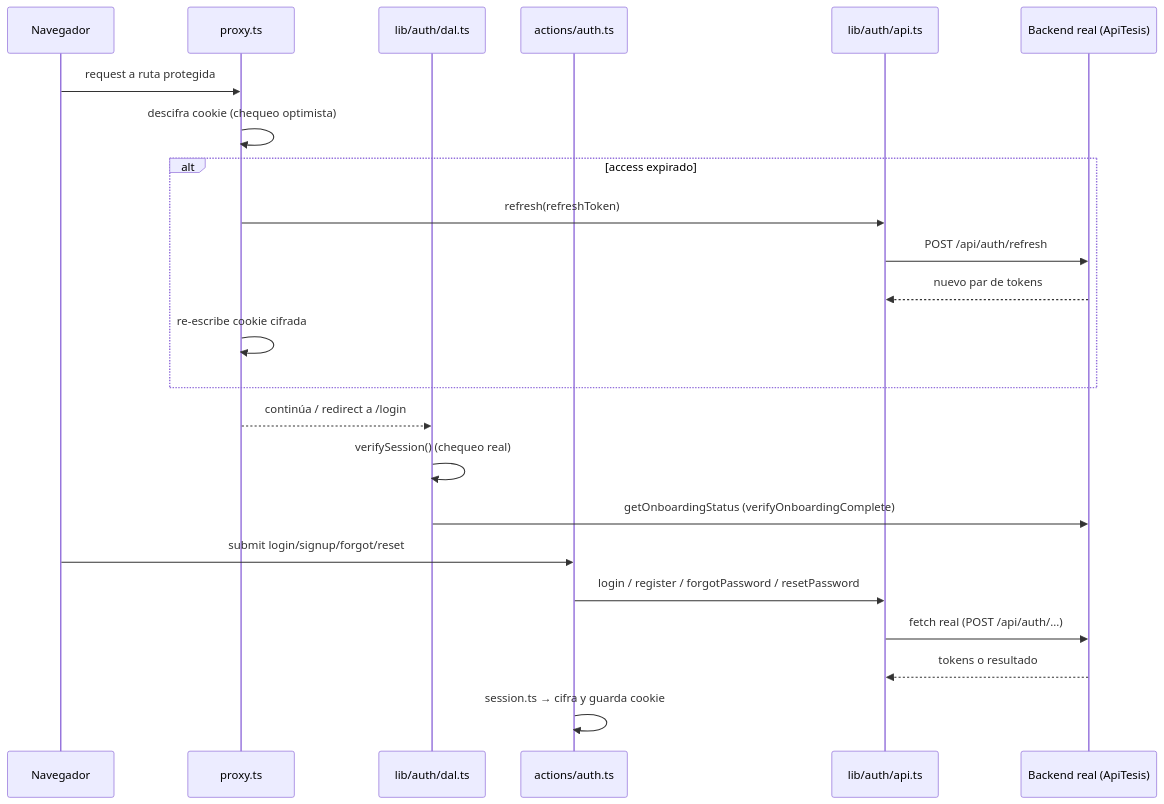
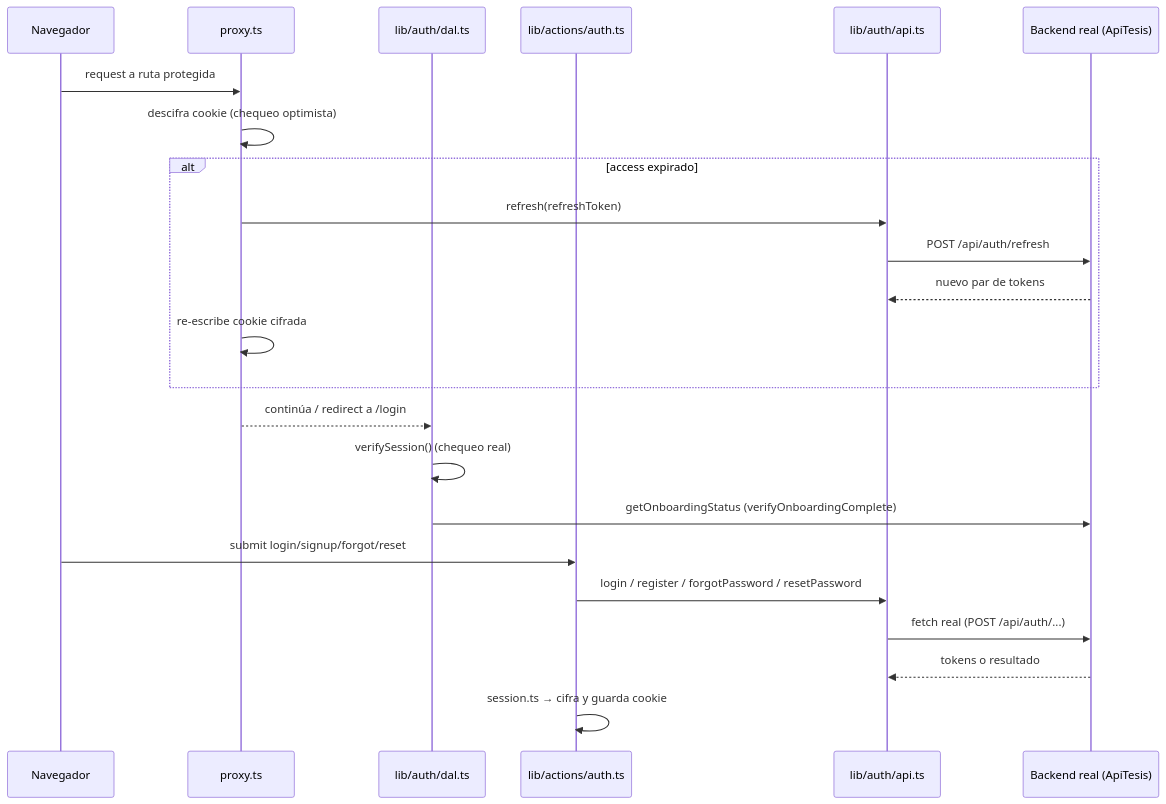
The second of 2 diagrams in docs/architecture.md (ajmaquilon97/app-admin-react-next), drawn with Mermaid before and after one commit. The commit also changed other lines of this file, not shown here.

First line of the commit message:
docs(arquitectura): reflejar lib/actions y aclarar los contratos de lib/

````diff
--- a/docs/architecture.md
+++ b/docs/architecture.md
@@ -398,28 +407,28 @@
 ```mermaid
 sequenceDiagram
     participant B as Navegador
     participant P as proxy.ts
     participant DAL as lib/auth/dal.ts
-    participant SA as actions/auth.ts
+    participant SA as lib/actions/auth.ts
     participant API as lib/auth/api.ts
     participant BE as Backend real (ApiTesis)
 
     B->>P: request a ruta protegida
     P->>P: descifra cookie (chequeo optimista)
     alt access expirado
         P->>API: refresh(refreshToken)
         API->>BE: POST /api/auth/refresh
         BE-->>API: nuevo par de tokens
         P->>P: re-escribe cookie cifrada
     end
     P-->>DAL: continúa / redirect a /login
 
     DAL->>DAL: verifySession() (chequeo real)
     DAL->>BE: getOnboardingStatus (verifyOnboardingComplete)
 
     B->>SA: submit login/signup/forgot/reset
     SA->>API: login / register / forgotPassword / resetPassword
     API->>BE: fetch real (POST /api/auth/...)
     BE-->>API: tokens o resultado
     SA->>SA: session.ts → cifra y guarda cookie
 ```
````
